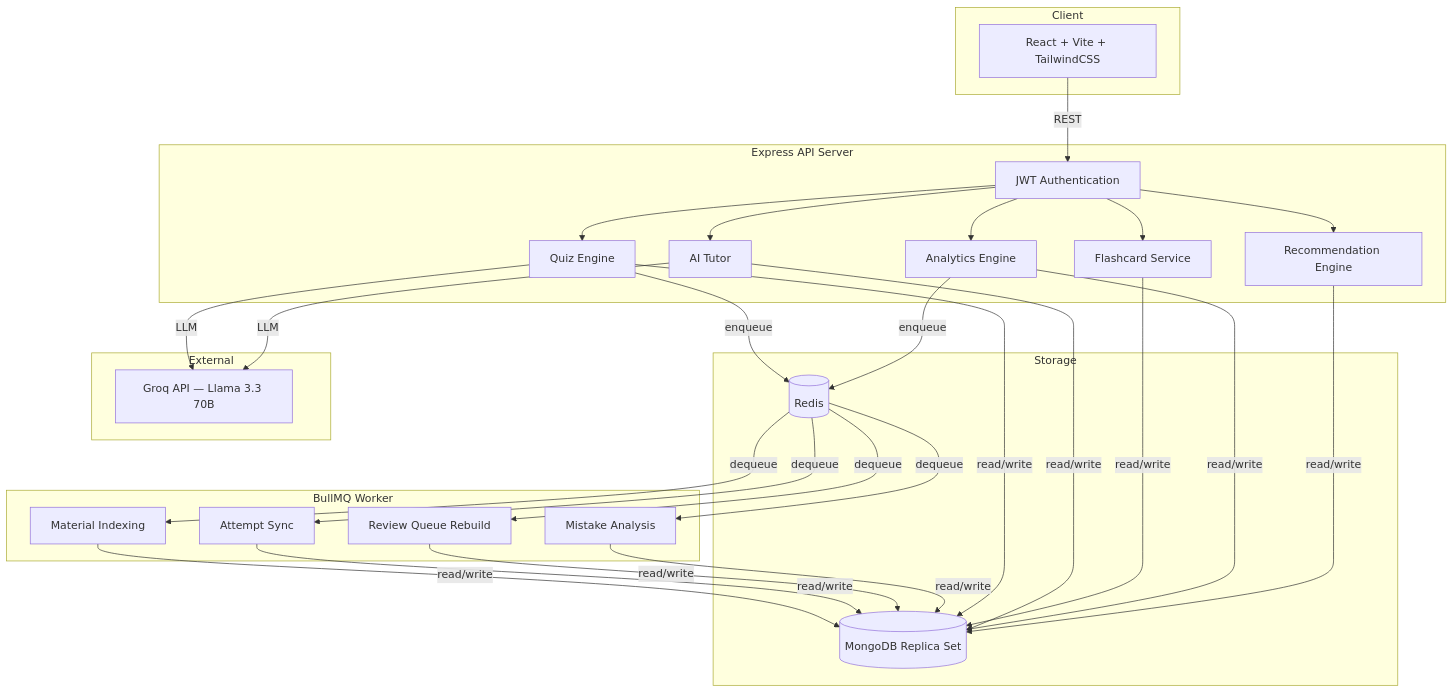
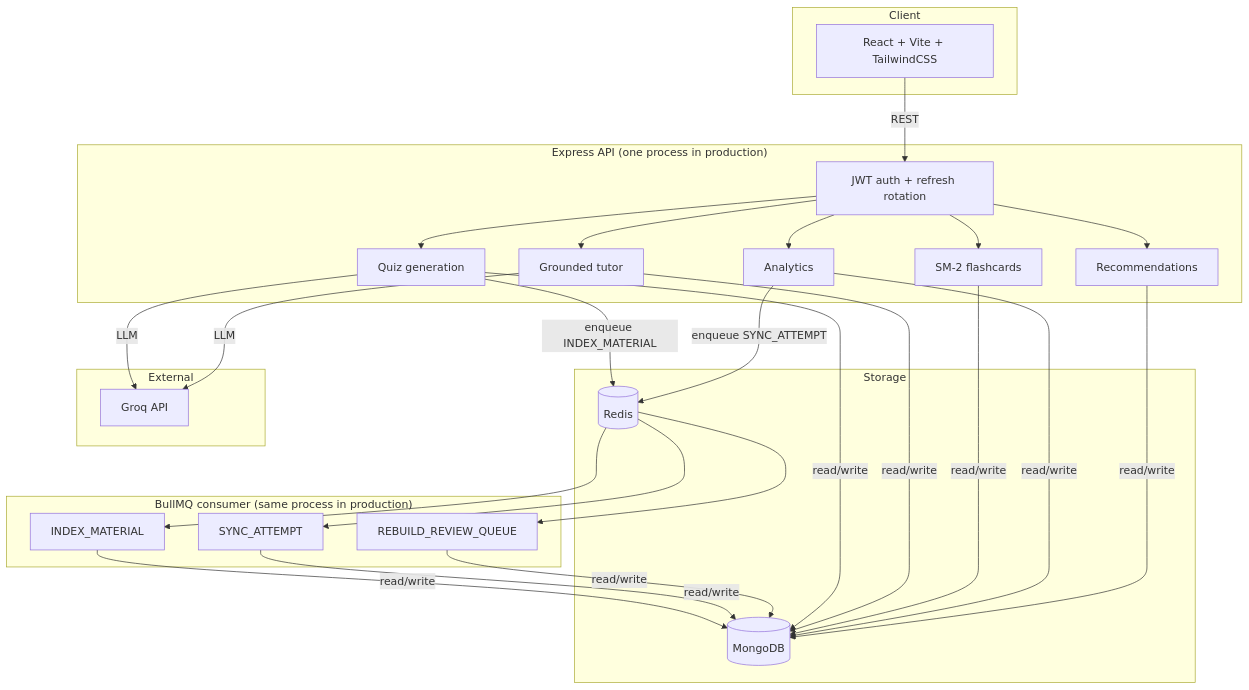
The diagram in README.md (prathamkashyap/AthenaeumAI), drawn with Mermaid before and after one commit. The commit also changed other lines of this file and 1 other file, not shown here.

````diff
--- a/README.md
+++ b/README.md
@@ -31,39 +30,39 @@
 ```mermaid
 graph TB
     subgraph Client
         UI[React + Vite + TailwindCSS]
     end
 
-    subgraph API["Express API Server"]
-        Auth[JWT Authentication]
-        QE[Quiz Engine]
-        Tutor[AI Tutor]
-        FC[Flashcard Service]
-        Analytics[Analytics Engine]
-        Rec[Recommendation Engine]
+    subgraph API["Express API (one process in production)"]
+        Auth[JWT auth + refresh rotation]
+        QE[Quiz generation]
+        Tutor[Grounded tutor]
+        FC[SM-2 flashcards]
+        Analytics[Analytics]
+        Rec[Recommendations]
     end
 
-    subgraph Background["BullMQ Worker"]
-        IDX[Material Indexing]
-        SYNC[Attempt Sync]
-        RBQ[Review Queue Rebuild]
-        MA[Mistake Analysis]
+    subgraph Worker["BullMQ consumer (same process in production)"]
+        IDX[INDEX_MATERIAL]
+        SYNC[SYNC_ATTEMPT]
+        RBQ[REBUILD_REVIEW_QUEUE]
     end
 
     subgraph Storage
-        Mongo[(MongoDB Replica Set)]
+        Mongo[(MongoDB)]
         Redis[(Redis)]
     end
 
     subgraph External
-        Groq[Groq API — Llama 3.3 70B]
+        Groq[Groq API]
     end
 
     UI -->|REST| Auth
     Auth --> QE & Tutor & FC & Analytics & Rec
     QE & Tutor -->|LLM| Groq
-    QE & Analytics -->|enqueue| Redis
-    Redis -->|dequeue| IDX & SYNC & RBQ & MA
-    IDX & SYNC & RBQ & MA -->|read/write| Mongo
+    QE -->|enqueue INDEX_MATERIAL| Redis
+    Analytics -->|enqueue SYNC_ATTEMPT| Redis
+    Redis --> IDX & SYNC & RBQ
+    IDX & SYNC & RBQ -->|read/write| Mongo
     QE & Tutor & FC & Analytics & Rec -->|read/write| Mongo
 ```
````
